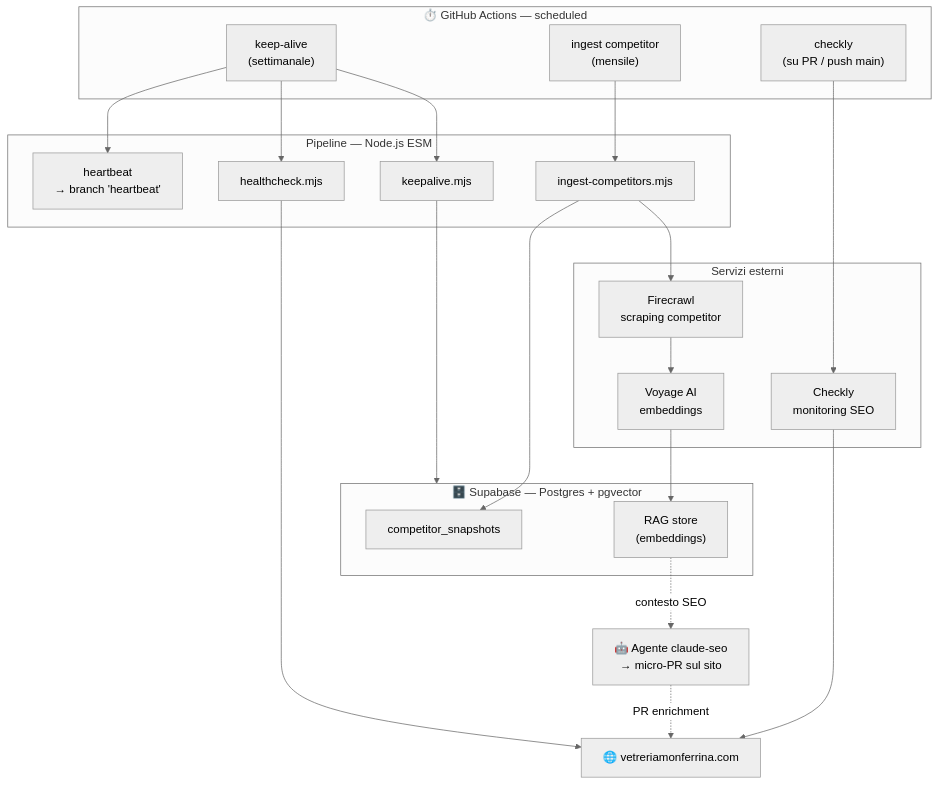
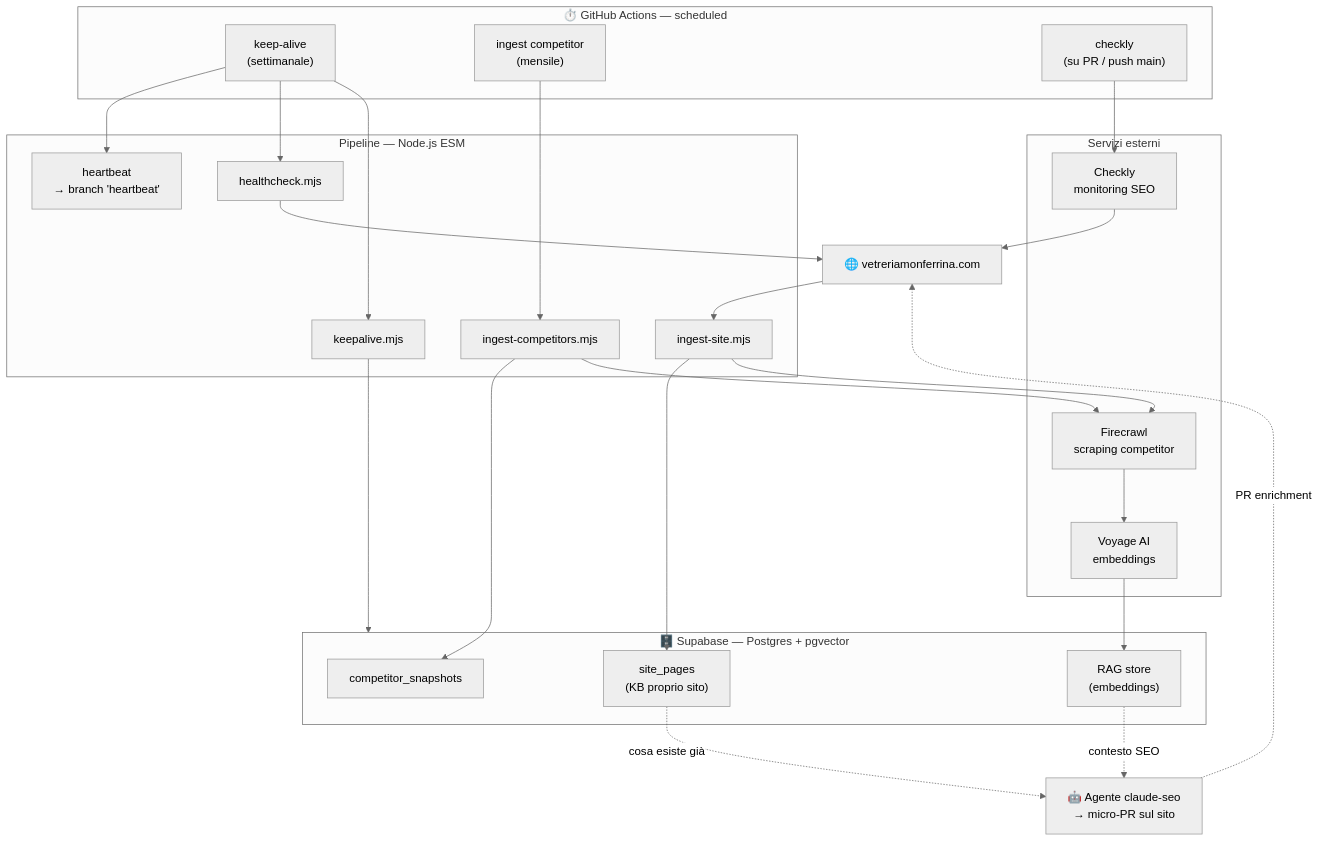
One commit to Monferrina/monferrinoAI changed the diagram in README.md. Above: the diagram before and after it, drawn with Mermaid (neutral theme). The commit also changed other lines of this file and 7 other files, not shown here.

First line of the commit message:
feat(rag): embed del proprio sito nella KB (tabella site_pages) (#20)

````diff
--- a/README.md
+++ b/README.md
@@ -25,38 +25,43 @@
 ```mermaid
 flowchart TD
     subgraph GHA["⏱️ GitHub Actions — scheduled"]
         KA["keep-alive<br/>(settimanale)"]
         ING["ingest competitor<br/>(mensile)"]
         CHK["checkly<br/>(su PR / push main)"]
     end
 
     subgraph PIPE["Pipeline — Node.js ESM"]
         KEEP["keepalive.mjs"]
         HEALTH["healthcheck.mjs"]
         HEART["heartbeat<br/>→ branch 'heartbeat'"]
         INGEST["ingest-competitors.mjs"]
+        INGSITE["ingest-site.mjs"]
     end
 
     subgraph EXT["Servizi esterni"]
         FC["Firecrawl<br/>scraping competitor"]
         VOY["Voyage AI<br/>embeddings"]
         CL["Checkly<br/>monitoring SEO"]
     end
 
     subgraph DB["🗄️ Supabase — Postgres + pgvector"]
         SNAP["competitor_snapshots"]
+        SITEPG["site_pages<br/>(KB proprio sito)"]
         RAG["RAG store<br/>(embeddings)"]
     end
 
     SITE["🌐 vetreriamonferrina.com"]
     AGENT["🤖 Agente claude-seo<br/>→ micro-PR sul sito"]
 
     KA --> KEEP --> DB
     KA --> HEALTH --> SITE
     KA --> HEART
     ING --> INGEST --> FC --> VOY --> RAG
     INGEST --> SNAP
+    INGSITE --> FC
+    SITE --> INGSITE --> SITEPG
     CHK --> CL --> SITE
     RAG -. contesto SEO .-> AGENT
+    SITEPG -. "cosa esiste già" .-> AGENT
     AGENT -. PR enrichment .-> SITE
 ```
````
